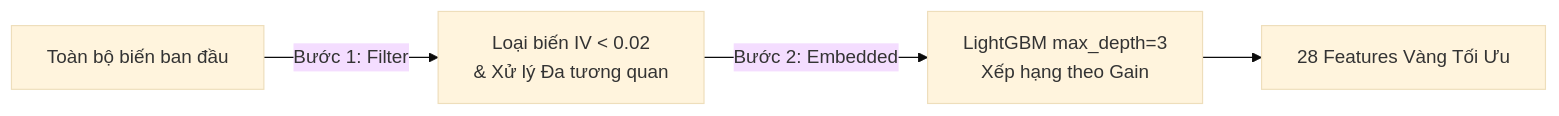
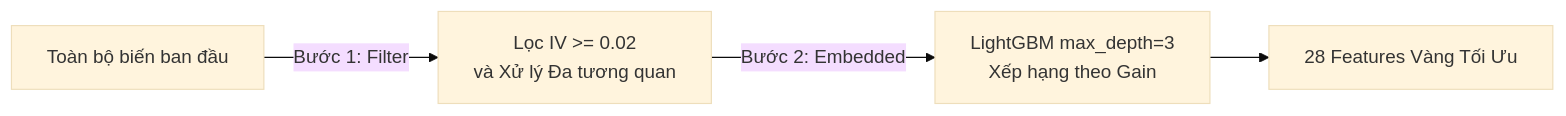
The second of 2 diagrams in README.md (VUCONGHIEP35/explainable-credit-scoring), drawn with Mermaid (base theme) before and after one commit. The commit also changed other lines of this file, not shown here.

Commit message:
fix: correct mermaid diagram syntax and math symbols in README

````diff
--- a/README.md
+++ b/README.md
@@ -71,6 +71,6 @@
 ```mermaid
 flowchart LR
-    Raw[Toàn bộ biến ban đầu] -->|Bước 1: Filter| F1[Loại biến IV < 0.02\n& Xử lý Đa tương quan]
-    F1 -->|Bước 2: Embedded| F2[LightGBM max_depth=3\nXếp hạng theo Gain]
-    F2 --> Golden[28 Features Vàng Tối Ưu]
+    Raw["Toàn bộ biến ban đầu"] -->|Bước 1: Filter| F1["Lọc IV >= 0.02<br/>và Xử lý Đa tương quan"]
+    F1 -->|Bước 2: Embedded| F2["LightGBM max_depth=3<br/>Xếp hạng theo Gain"]
+    F2 --> Golden["28 Features Vàng Tối Ưu"]
 ```
````
